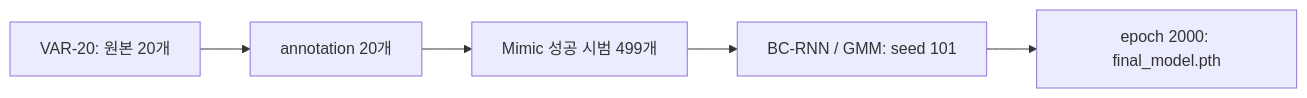
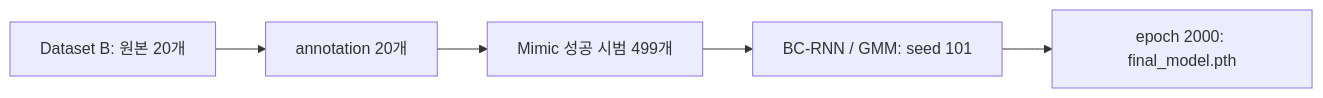
One commit to Kim-KiSuk/Robotics-Simulation-Assignmnet2 changed the diagram in README.md. Above: the diagram before and after it, drawn with Mermaid. The commit also changed other lines of this file and 40 other files, not shown here.

````diff
--- a/README.md
+++ b/README.md
@@ -32,7 +32,7 @@
 ```mermaid
 flowchart LR
-    A[VAR-20: 원본 20개] --> B[annotation 20개]
+    A[Dataset B: 원본 20개] --> B[annotation 20개]
     B --> C[Mimic 성공 시범 499개]
     C --> D[BC-RNN / GMM: seed 101]
     D --> E[epoch 2000: final_model.pth]
 ```
````
